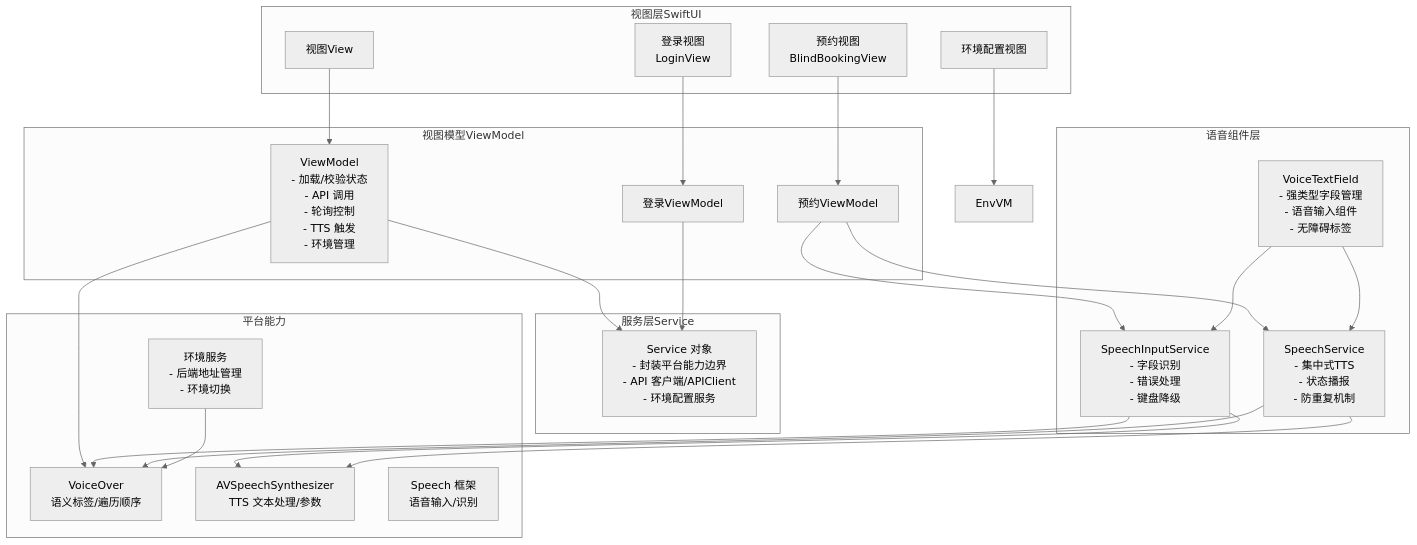
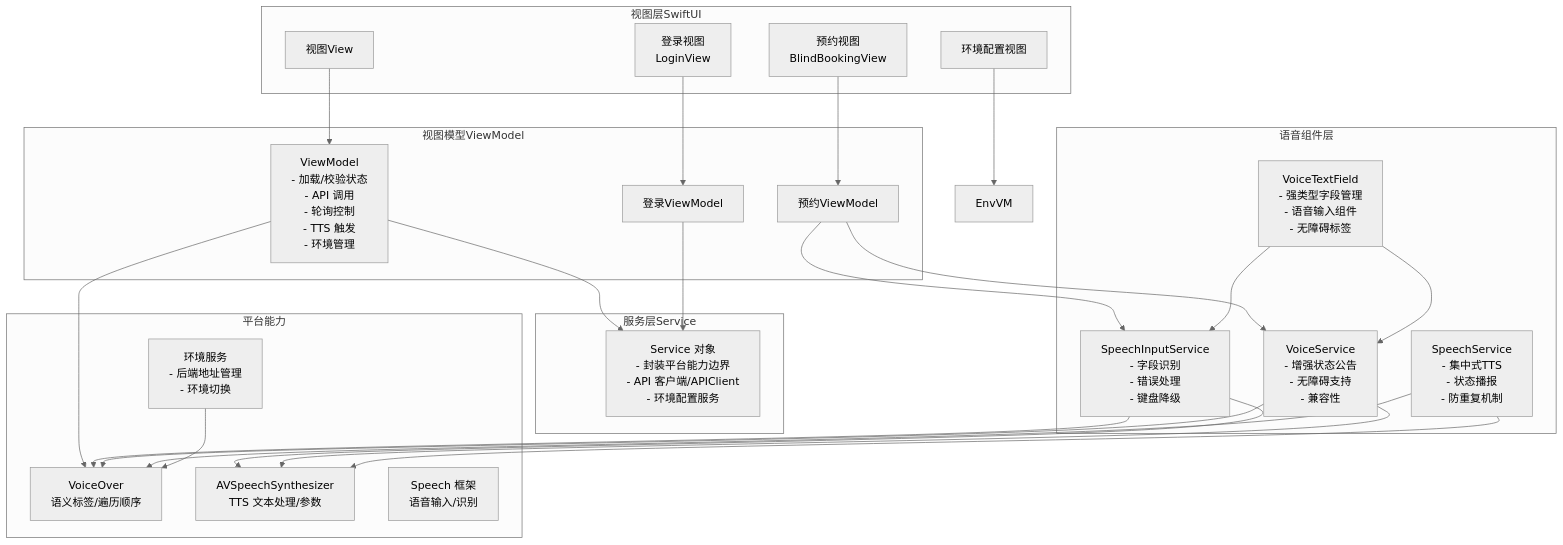
Before and after one commit to Jayden23018/blind-run-ios: the second of 3 diagrams in .qoder/repowiki/zh/content/核心功能模块/无障碍语音系统.md, drawn with Mermaid (neutral theme). The commit also changed other lines of this file and 22 other files, not shown here.

````diff
--- a/.qoder/repowiki/zh/content/核心功能模块/无障碍语音系统.md
+++ b/.qoder/repowiki/zh/content/核心功能模块/无障碍语音系统.md
@@ -150,44 +154,47 @@
 ```mermaid
 graph TB
 subgraph "视图层SwiftUI"
 Views["视图View"]
 LoginView["登录视图<br/>LoginView"]
 EnvView["环境配置视图"]
 BookingView["预约视图<br/>BlindBookingView"]
 end
 subgraph "视图模型ViewModel"
 VM["ViewModel<br/>- 加载/校验状态<br/>- API 调用<br/>- 轮询控制<br/>- TTS 触发<br/>- 环境管理"]
 LoginVM["登录ViewModel"]
 BookingVM["预约ViewModel"]
 end
 subgraph "语音组件层"
 VTF["VoiceTextField<br/>- 强类型字段管理<br/>- 语音输入组件<br/>- 无障碍标签"]
 SIS["SpeechInputService<br/>- 字段识别<br/>- 错误处理<br/>- 键盘降级"]
 SS["SpeechService<br/>- 集中式TTS<br/>- 状态播报<br/>- 防重复机制"]
+VS["VoiceService<br/>- 增强状态公告<br/>- 无障碍支持<br/>- 兼容性"]
 end
 subgraph "服务层Service"
 Svc["Service 对象<br/>- 封装平台能力边界<br/>- API 客户端/APIClient<br/>- 环境配置服务"]
 end
 subgraph "平台能力"
 VO["VoiceOver<br/>语义标签/遍历顺序"]
 TTS["AVSpeechSynthesizer<br/>TTS 文本处理/参数"]
 STT["Speech 框架<br/>语音输入/识别"]
 EnvSvc["环境服务<br/>- 后端地址管理<br/>- 环境切换"]
 end
 Views --> VM
 LoginView --> LoginVM
 EnvView --> EnvVM
 BookingView --> BookingVM
 VM --> Svc
 LoginVM --> Svc
 BookingVM --> SIS
-BookingVM --> SS
+BookingVM --> VS
 VTF --> SIS
-VTF --> SS
+VTF --> VS
 SIS --> TTS
+VS --> TTS
 SS --> TTS
 VM --> VO
 SIS --> VO
+VS --> VO
 SS --> VO
 EnvSvc --> VO
 ```
````
